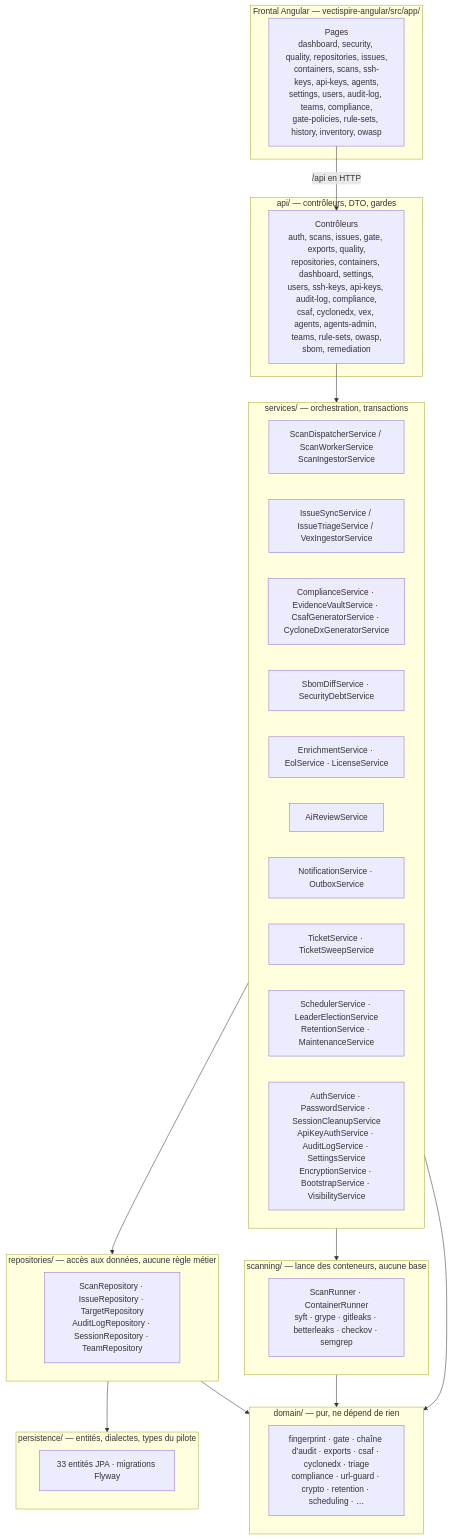
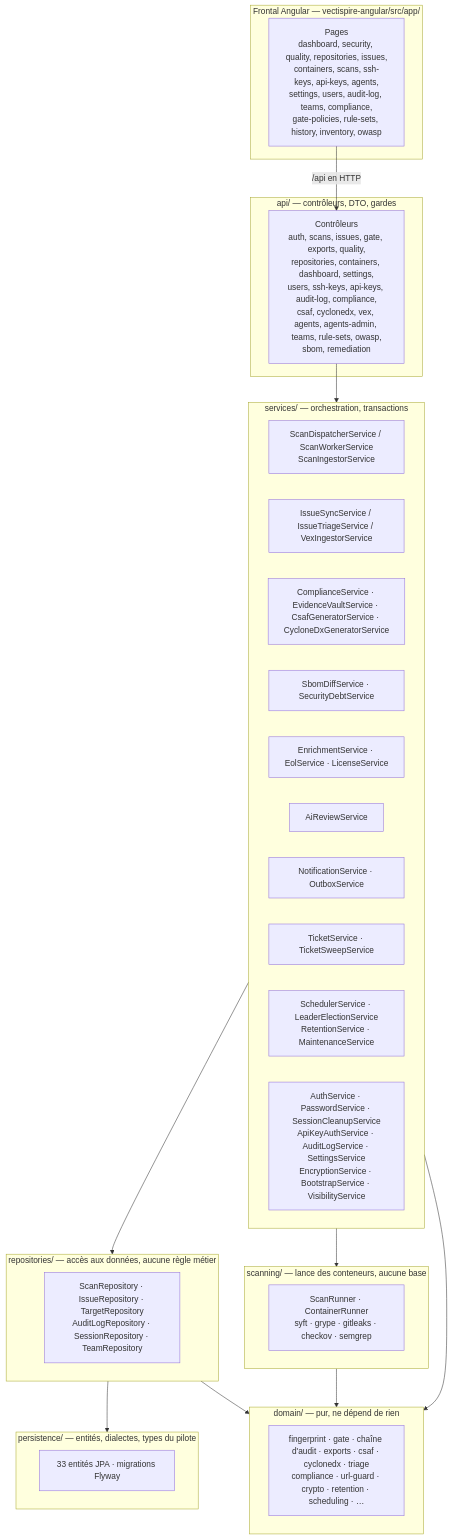
The first of 3 diagrams in docs/fr/TECHNICAL_DOCUMENTATION.fr.md (asmolabs/vectispire), drawn with Mermaid before and after one commit. The commit also changed 38 other files, not shown here.

````diff
--- a/docs/fr/TECHNICAL_DOCUMENTATION.fr.md
+++ b/docs/fr/TECHNICAL_DOCUMENTATION.fr.md
@@ -25,48 +25,48 @@
 ```mermaid
 flowchart TB
     subgraph front["Frontal Angular — vectispire-angular/src/app/"]
         Pages["Pages<br/>dashboard, security, quality, repositories, issues,<br/>containers, scans, ssh-keys, api-keys, agents,<br/>settings, users, audit-log, teams, compliance,<br/>gate-policies, rule-sets, history, inventory, owasp"]
     end
 
     subgraph api["api/ — contrôleurs, DTO, gardes"]
         Routes["Contrôleurs<br/>auth, scans, issues, gate, exports, quality,<br/>repositories, containers, dashboard, settings,<br/>users, ssh-keys, api-keys, audit-log, compliance,<br/>csaf, cyclonedx, vex, agents, agents-admin, teams, rule-sets, owasp,<br/>sbom, remediation"]
     end
 
     subgraph services["services/ — orchestration, transactions"]
         Scan["ScanDispatcherService / ScanWorkerService<br/>ScanIngestorService"]
         Issue["IssueSyncService / IssueTriageService / VexIngestorService"]
         Comp["ComplianceService · EvidenceVaultService · CsafGeneratorService · CycloneDxGeneratorService"]
         Remed["SbomDiffService · SecurityDebtService"]
         Enrich["EnrichmentService · EolService · LicenseService"]
         Ai["AiReviewService"]
         Notify["NotificationService · OutboxService"]
         Ticket["TicketService · TicketSweepService"]
         Ops["SchedulerService · LeaderElectionService<br/>RetentionService · MaintenanceService"]
         Auth["AuthService · PasswordService · SessionCleanupService<br/>ApiKeyAuthService · AuditLogService · SettingsService<br/>EncryptionService · BootstrapService · VisibilityService"]
     end
 
     subgraph repos["repositories/ — accès aux données, aucune règle métier"]
         R["ScanRepository · IssueRepository · TargetRepository<br/>AuditLogRepository · SessionRepository · TeamRepository"]
     end
 
     subgraph persistence["persistence/ — entités, dialectes, types du pilote"]
         Ent["33 entités JPA · migrations Flyway"]
     end
 
     subgraph domain["domain/ — pur, ne dépend de rien"]
         D["fingerprint · gate · chaîne d'audit · exports · csaf · cyclonedx · triage<br/>compliance · url-guard · crypto · retention · scheduling · …"]
     end
 
     subgraph scanning["scanning/ — lance des conteneurs, aucune base"]
-        S["ScanRunner · ContainerRunner<br/>syft · grype · gitleaks · betterleaks · checkov · semgrep"]
+        S["ScanRunner · ContainerRunner<br/>syft · grype · gitleaks · checkov · semgrep"]
     end
 
     Pages -->|"/api en HTTP"| Routes
     Routes --> services
     services --> repos
     repos --> persistence
     services --> scanning
     services --> domain
     repos --> domain
     scanning --> domain
 ```
````
